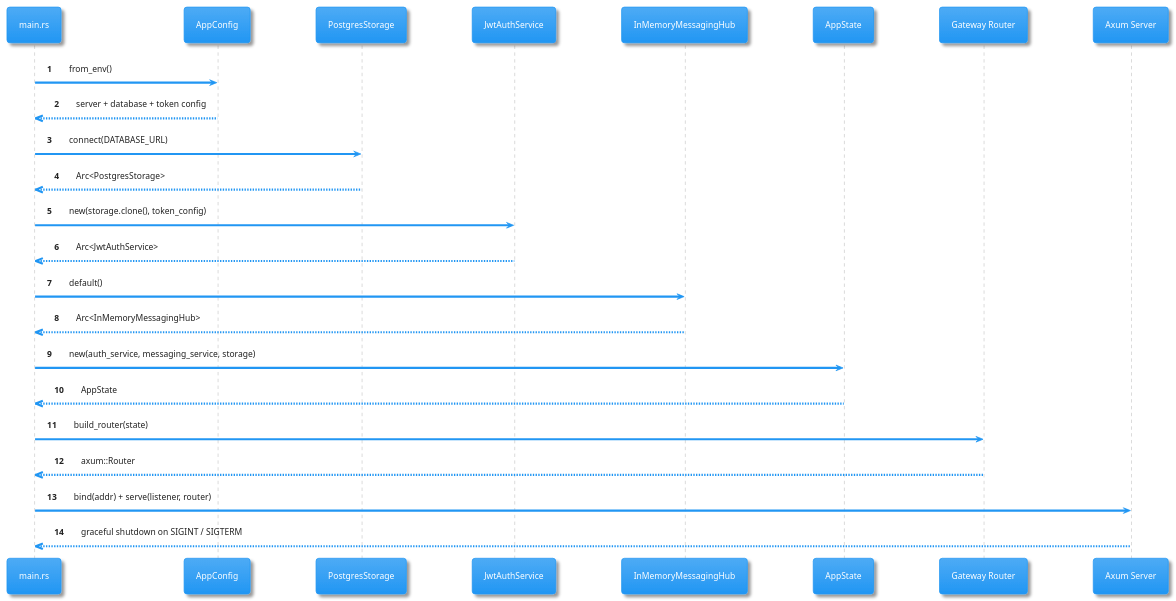
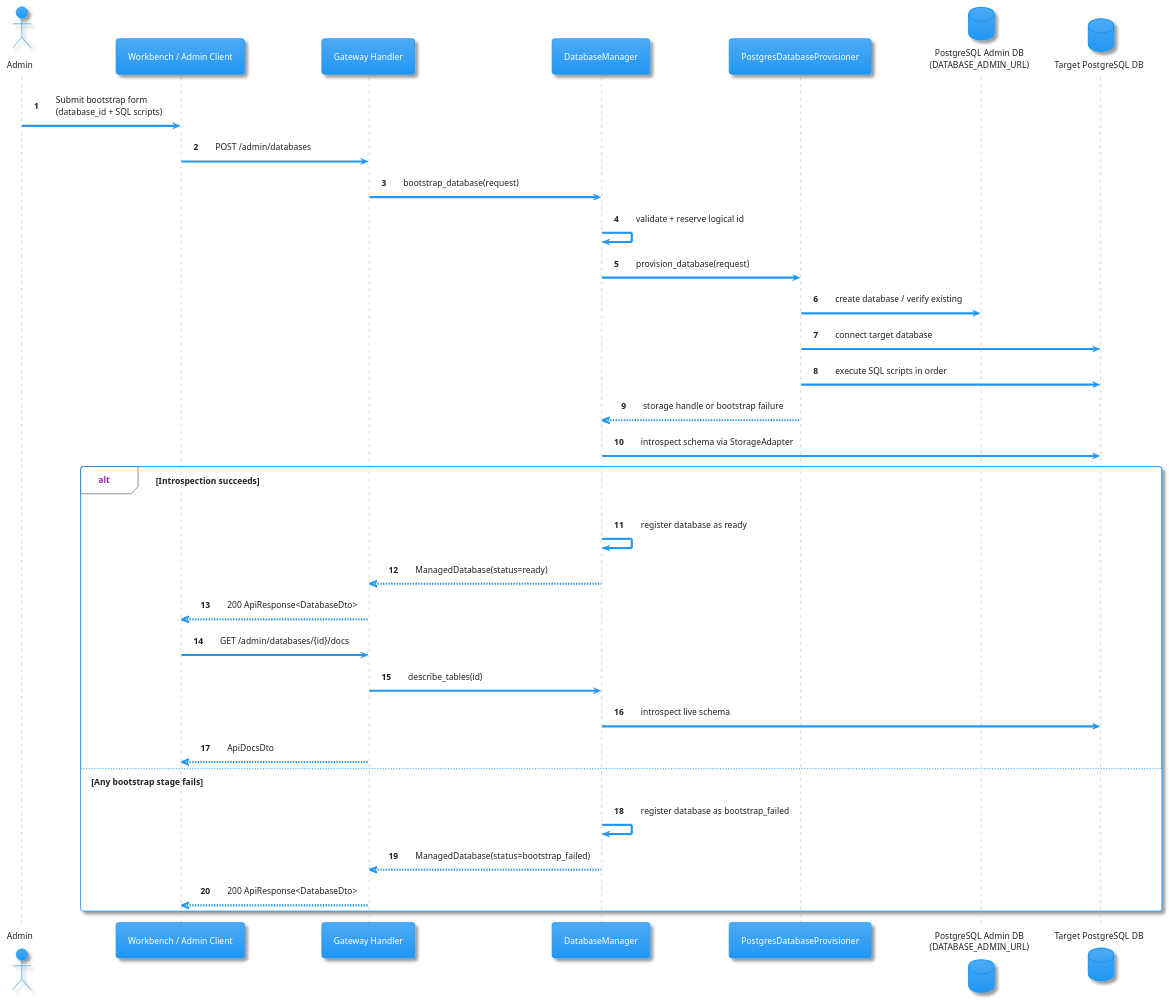
The diagram in docs/diagrams/05_bootstrap_sequence.puml (loveoverflowcom/evobase), drawn with PlantUML before and after one commit. The commit also changed 36 other files, not shown here.

```diff
--- a/docs/diagrams/05_bootstrap_sequence.puml
+++ b/docs/diagrams/05_bootstrap_sequence.puml
@@ -1,34 +1,37 @@
-@startuml Evobase_Bootstrap_Sequence
+@startuml Evobase_Admin_Database_Bootstrap_Sequence
 !theme materia
 autonumber
 
-participant "main.rs" as Main
-participant "AppConfig" as Config
-participant "PostgresStorage" as Storage
-participant "JwtAuthService" as Auth
-participant "InMemoryMessagingHub" as Hub
-participant "AppState" as State
-participant "Gateway Router" as Router
-participant "Axum Server" as Axum
+actor "Admin" as Admin
+participant "Workbench / Admin Client" as Client
+participant "Gateway Handler" as Handler
+participant "DatabaseManager" as Manager
+participant "PostgresDatabaseProvisioner" as Provisioner
+database "PostgreSQL Admin DB\n(DATABASE_ADMIN_URL)" as AdminDb
+database "Target PostgreSQL DB" as TargetDb
 
-Main -> Config: from_env()
-Config -->> Main: server + database + token config
+Admin -> Client: Submit bootstrap form\n(database_id + SQL scripts)
+Client -> Handler: POST /admin/databases
+Handler -> Manager: bootstrap_database(request)
+Manager -> Manager: validate + reserve logical id
+Manager -> Provisioner: provision_database(request)
+Provisioner -> AdminDb: create database / verify existing
+Provisioner -> TargetDb: connect target database
+Provisioner -> TargetDb: execute SQL scripts in order
+Provisioner -->> Manager: storage handle or bootstrap failure
+Manager -> TargetDb: introspect schema via StorageAdapter
 
-Main -> Storage: connect(DATABASE_URL)
-Storage -->> Main: Arc<PostgresStorage>
-
-Main -> Auth: new(storage.clone(), token_config)
-Auth -->> Main: Arc<JwtAuthService>
-
-Main -> Hub: default()
-Hub -->> Main: Arc<InMemoryMessagingHub>
-
-Main -> State: new(auth_service, messaging_service, storage)
-State -->> Main: AppState
-
-Main -> Router: build_router(state)
-Router -->> Main: axum::Router
-
-Main -> Axum: bind(addr) + serve(listener, router)
-Axum -->> Main: graceful shutdown on SIGINT / SIGTERM
+alt Introspection succeeds
+    Manager -> Manager: register database as ready
+    Manager -->> Handler: ManagedDatabase(status=ready)
+    Handler -->> Client: 200 ApiResponse<DatabaseDto>
+    Client -> Handler: GET /admin/databases/{id}/docs
+    Handler -> Manager: describe_tables(id)
+    Manager -> TargetDb: introspect live schema
+    Handler -->> Client: ApiDocsDto
+else Any bootstrap stage fails
+    Manager -> Manager: register database as bootstrap_failed
+    Manager -->> Handler: ManagedDatabase(status=bootstrap_failed)
+    Handler -->> Client: 200 ApiResponse<DatabaseDto>
+end
 @enduml
```
